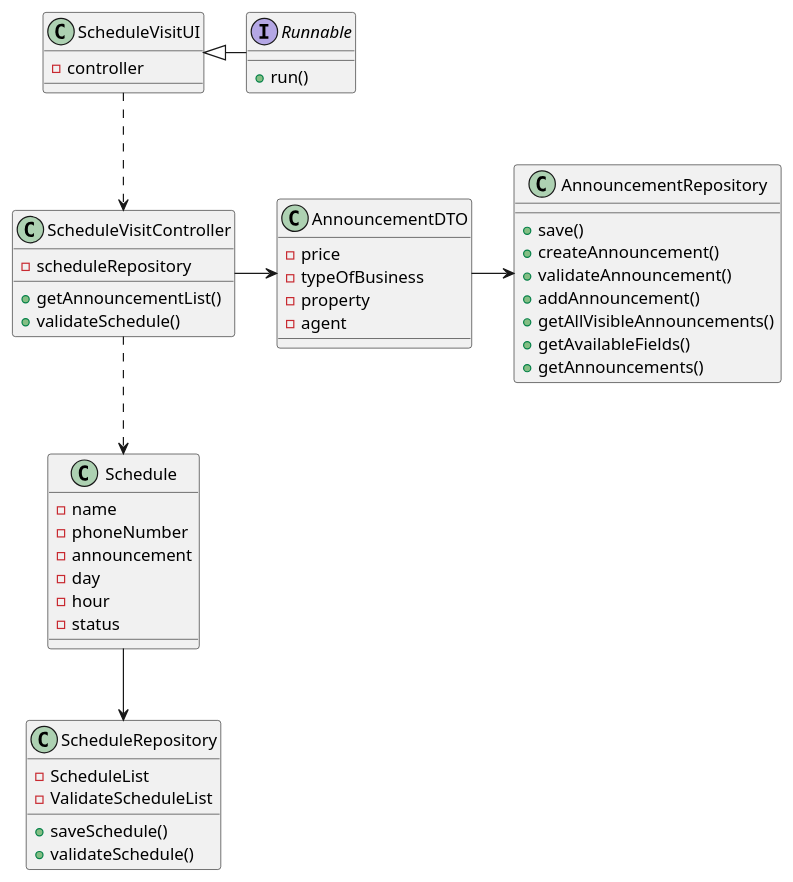
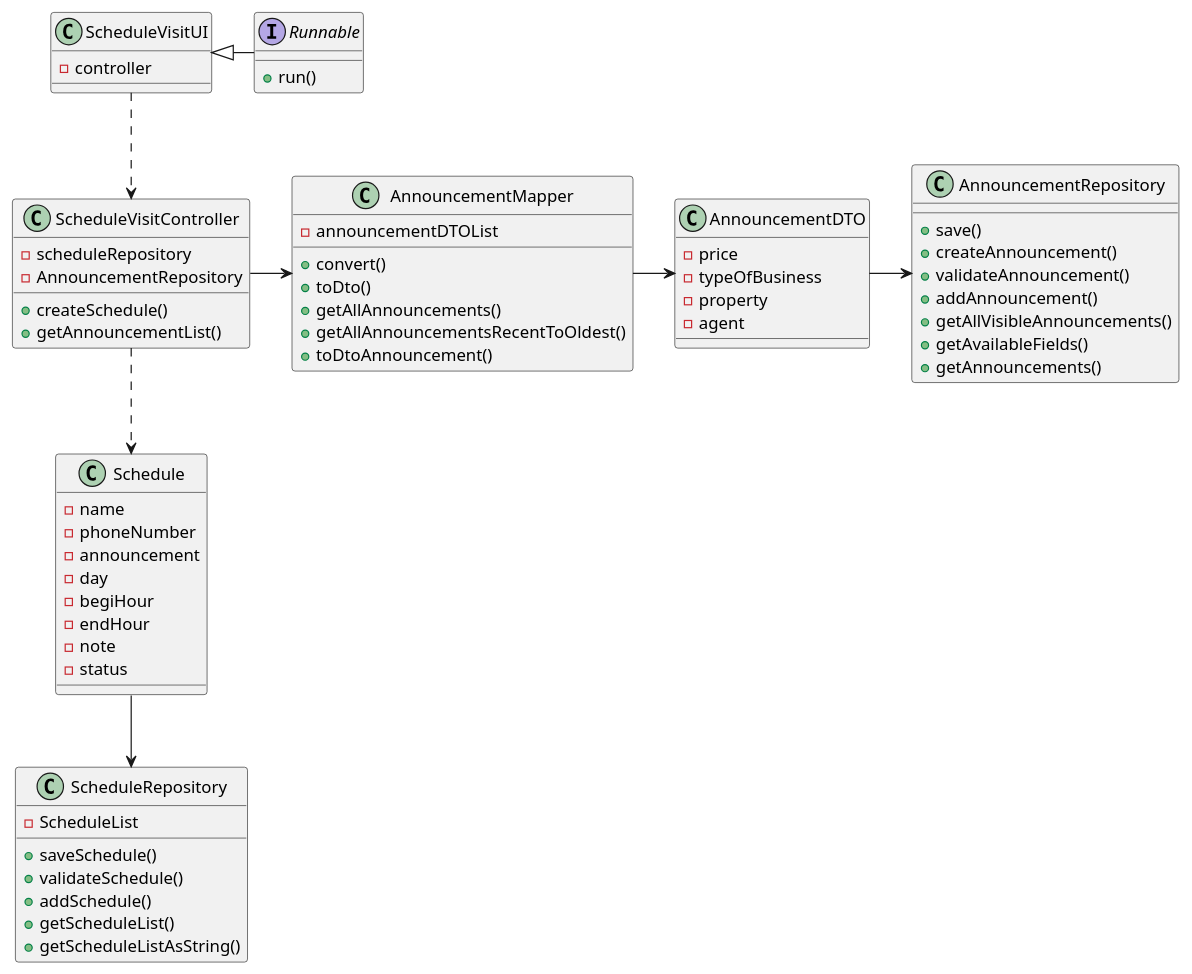
One commit to tiagohcorreia/LAPR2 changed the diagram in docs/sprintC/US009/03.design/puml/CD.puml. Above: the diagram before and after it, drawn with PlantUML. The commit also changed 1 other file, not shown here.

```diff
--- a/docs/sprintC/US009/03.design/puml/CD.puml
+++ b/docs/sprintC/US009/03.design/puml/CD.puml
@@ -1,66 +1,80 @@
 @startuml
 
 interface Runnable {
 
     + run()
 }
 
 class ScheduleVisitUI {
     - controller
 }
 
 class ScheduleVisitController {
 
     - scheduleRepository
+    - AnnouncementRepository
+    + createSchedule()
     + getAnnouncementList()
-    + validateSchedule()
 
 }
 
 class Schedule {
 
     - name
     - phoneNumber
     - announcement
     - day
-    - hour
+    - begiHour
+    - endHour
+    - note
     - status
 }
 
 class ScheduleRepository {
 
     - ScheduleList
-    - ValidateScheduleList
     + saveSchedule()
     + validateSchedule()
+    + addSchedule()
+    + getScheduleList()
+    + getScheduleListAsString()
 }
 
 class AnnouncementRepository {
 
     + save()
     + createAnnouncement()
     + validateAnnouncement()
     + addAnnouncement()
     + getAllVisibleAnnouncements()
     + getAvailableFields()
     + getAnnouncements()
 }
 
 class AnnouncementDTO {
 
     - price
     - typeOfBusiness
     - property
     - agent
 }
+class AnnouncementMapper {
 
+    - announcementDTOList
+    + convert()
+    + toDto()
+    + getAllAnnouncements()
+    + getAllAnnouncementsRecentToOldest()
+    + toDtoAnnouncement()
+}
 
 
 Runnable -left-|> ScheduleVisitUI
 ScheduleVisitUI ..> ScheduleVisitController
-ScheduleVisitController -> AnnouncementDTO
+ScheduleVisitController -> AnnouncementMapper
+AnnouncementMapper -> AnnouncementDTO
 AnnouncementDTO -> AnnouncementRepository
 ScheduleVisitController ..> Schedule
 Schedule --> ScheduleRepository
 
 @enduml
```
